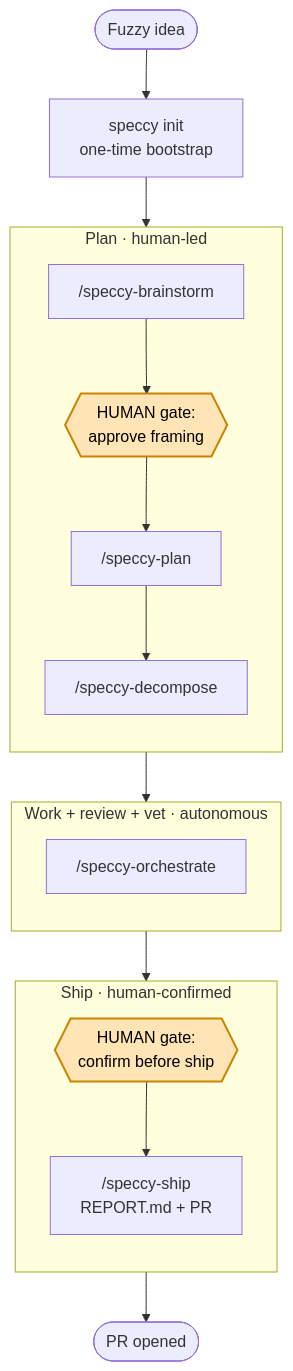
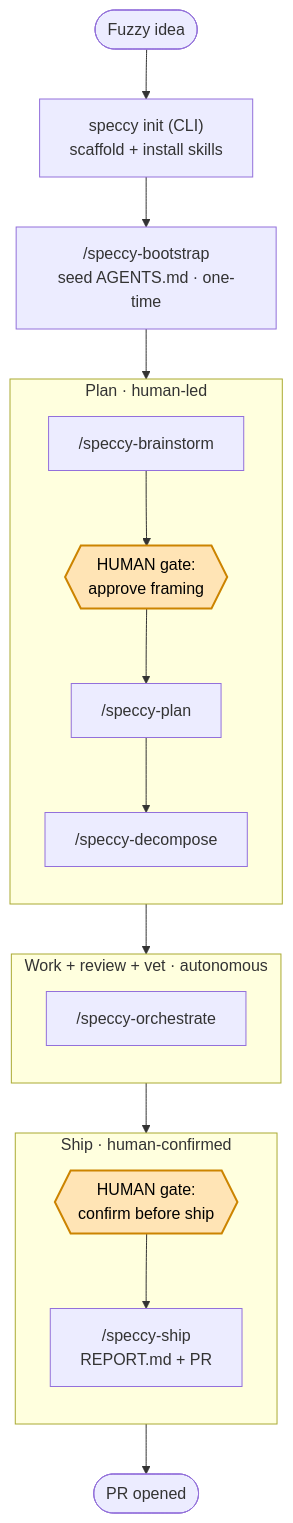
Before and after one commit to kvnxiao/speccy: the diagram in README.md, drawn with Mermaid. The commit also changed other lines of this file and 27 other files, not shown here.

First line of the commit message:
Rename speccy-init skill to speccy-bootstrap + README bootstrap callout

````diff
--- a/README.md
+++ b/README.md
@@ -86,33 +95,34 @@
 ```mermaid
 flowchart TD
-    Idea([Fuzzy idea]) --> Init["speccy init<br/>one-time bootstrap"]
+    Idea([Fuzzy idea]) --> Init["speccy init (CLI)<br/>scaffold + install skills"]
 
     subgraph Plan [Plan · human-led]
       direction TB
       Brain["/speccy-brainstorm"]
       G1{{HUMAN gate:<br/>approve framing}}
       PlanCmd["/speccy-plan"]
       Decomp["/speccy-decompose"]
       Brain --> G1 --> PlanCmd --> Decomp
     end
 
     subgraph Loop [Work + review + vet · autonomous]
       direction TB
       Orch["/speccy-orchestrate"]
     end
 
     subgraph Ship [Ship · human-confirmed]
       direction TB
       G2{{HUMAN gate:<br/>confirm before ship}}
       ShipCmd["/speccy-ship<br/>REPORT.md + PR"]
       G2 --> ShipCmd
     end
 
-    Init --> Brain
+    Init --> Boot["/speccy-bootstrap<br/>seed AGENTS.md · one-time"]
+    Boot --> Brain
     Decomp --> Orch
     Orch --> G2
     ShipCmd --> Done([PR opened])
 
     classDef human fill:#ffe4b5,stroke:#cc8400,stroke-width:2px,color:#000
     class G1,G2 human
 ```
````
